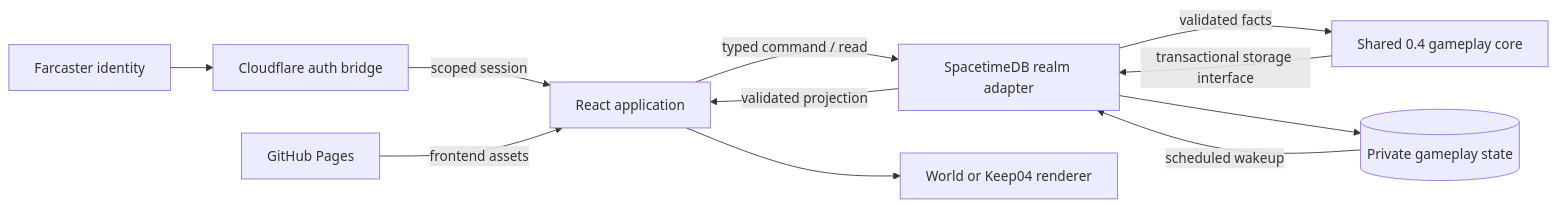
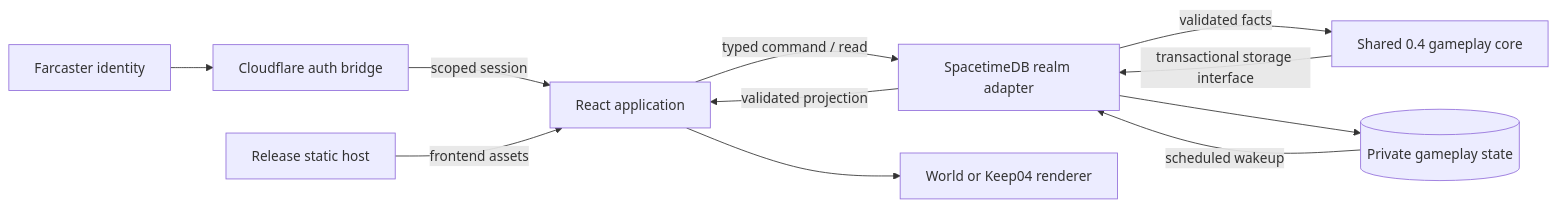
Before and after one commit to ael-dev3/Warpkeep: the diagram in docs/technical-architecture.md, drawn with Mermaid. The commit also changed other lines of this file and 62 other files, not shown here.

````diff
--- a/docs/technical-architecture.md
+++ b/docs/technical-architecture.md
@@ -16,13 +17,13 @@
 ```mermaid
 flowchart LR
   Farcaster[Farcaster identity] --> Auth[Cloudflare auth bridge]
   Auth -->|scoped session| Browser[React application]
-  Pages[GitHub Pages] -->|frontend assets| Browser
+  Host[Release static host] -->|frontend assets| Browser
   Browser -->|typed command / read| Realm[SpacetimeDB realm adapter]
   Realm -->|validated facts| Core[Shared 0.4 gameplay core]
   Core -->|transactional storage interface| Realm
   Realm --> State[(Private gameplay state)]
   State -->|scheduled wakeup| Realm
   Realm -->|validated projection| Browser
   Browser --> Scene[World or Keep04 renderer]
 ```
````
